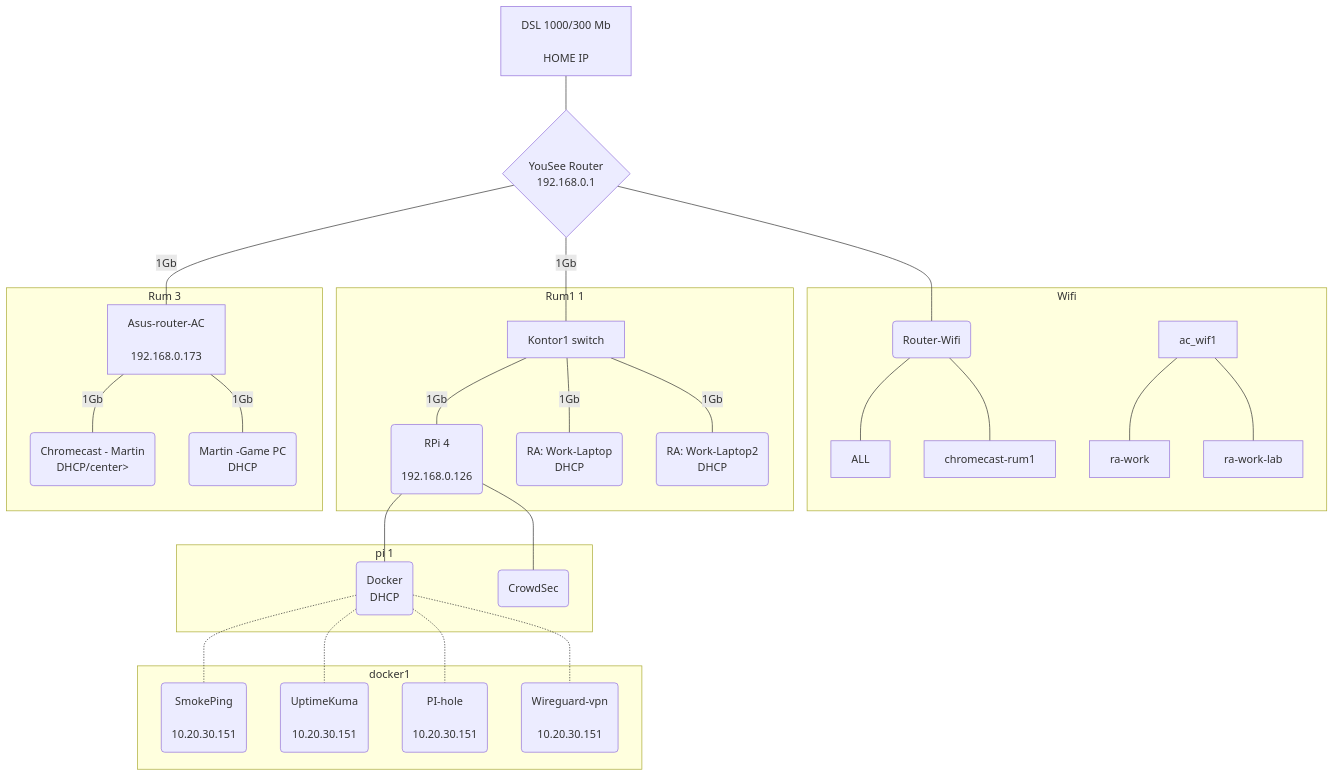
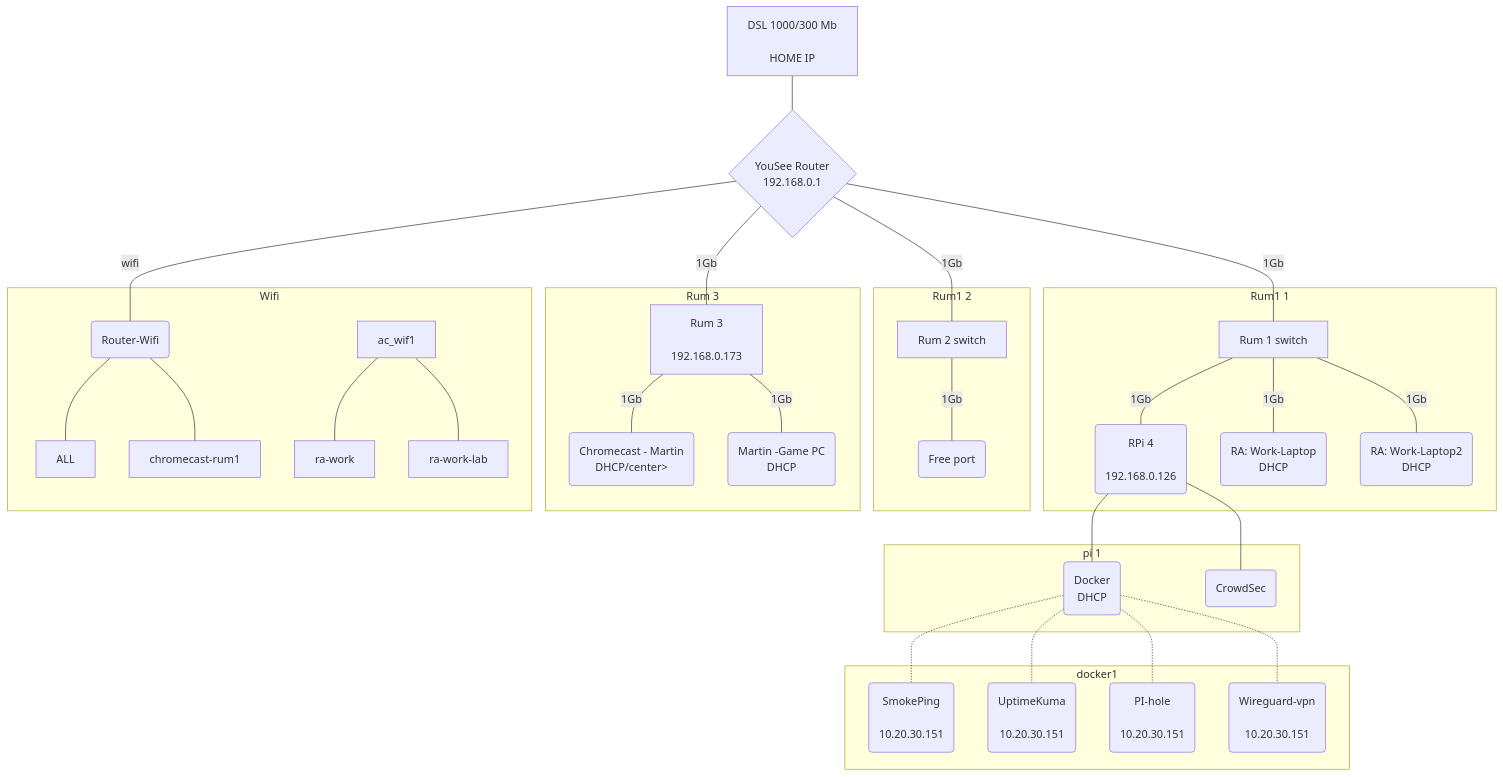
The diagram in Docs/Index.md (alf149/ansible), drawn with Mermaid before and after one commit.

````diff
--- a/Docs/Index.md
+++ b/Docs/Index.md
@@ -3,40 +3,44 @@
 ```mermaid
 graph TB
  linkStyle default interpolate basis
  wan1[<center>DSL 1000/300 Mb<br><br>HOME IP</center>]---router{<center>YouSee Router<br>192.168.0.1</center>}
- router---|1Gb|rum_1[<center>Kontor1 switch</center>]
- router---|1Gb|rum_3[<center>Asus-router-AC<br><br>192.168.0.173</center>]
- router---ac_wifi(<center>Router-Wifi</center>)
+ router---|1Gb|rum_1[<center>Rum 1 switch</center>]
+ router---|1Gb|rum_2[<center>Rum 2 switch</center>]
+ router---|1Gb|rum_3[<center>Rum 3<br><br>192.168.0.173</center>]
+ router---|wifi|ac_wifi(<center>Router-Wifi</center>)
 
- subgraph Wifi
- ac_wifi---ALL
- ac_wifi---chromecast-rum1
- ac_wif1---ra-work
- ac_wif1---ra-work-lab
- end
+subgraph Rum1 1
+rum_1---|1Gb|pi(<center>RPi 4<br><br>192.168.0.126</center>)
+rum_1---|1Gb|work(<center>RA: Work-Laptop<br>DHCP</center>)
+rum_1---|1Gb|work-lab(<center>RA: Work-Laptop2<br>DHCP</center>)
+end
 
+    subgraph pi 1
+    pi---docker(<center>Docker<br>DHCP</center>)
+    pi---crowdsec(<center>CrowdSec</center>)
+    end
 
- subgraph Rum1 1
- rum_1---|1Gb|pi(<center>RPi 4<br><br>192.168.0.126</center>)
- rum_1---|1Gb|work(<center>RA: Work-Laptop<br>DHCP</center>)
- rum_1---|1Gb|work-lab(<center>RA: Work-Laptop2<br>DHCP</center>)
- end
- 
- subgraph Rum 3
- rum_3---|1Gb|chromecast-rum3(<center>Chromecast - Martin<br>DHCP/center>)
- rum_3---|1Gb|gamer-pc(<center>Martin -Game PC<br>DHCP</center>)
- end
+    subgraph docker1
+    docker-.-smokeping(<center>SmokePing<br><br>10.20.30.151</center>)
+    docker-.-uptimeKuma(<center>UptimeKuma<br><br>10.20.30.151</center>)
+    docker-.-pihole(<center>PI-hole<br><br>10.20.30.151</center>)
+    docker-.-wireguardvpn(<center>Wireguard-vpn<br><br>10.20.30.151</center>)
+    end
 
- subgraph pi 1
- pi---docker(<center>Docker<br>DHCP</center>)
- pi---crowdsec(<center>CrowdSec</center>)
- end
+subgraph Rum1 2
+rum_2---|1Gb|free(<center>Free port</center>)
+end
 
-subgraph docker1
- docker-.-smokeping(<center>SmokePing<br><br>10.20.30.151</center>)
- docker-.-uptimeKuma(<center>UptimeKuma<br><br>10.20.30.151</center>)
- docker-.-pihole(<center>PI-hole<br><br>10.20.30.151</center>)
- docker-.-wireguardvpn(<center>Wireguard-vpn<br><br>10.20.30.151</center>)
- 
- end
- ```
+subgraph Rum 3
+rum_3---|1Gb|chromecast-rum3(<center>Chromecast - Martin<br>DHCP/center>)
+rum_3---|1Gb|gamer-pc(<center>Martin -Game PC<br>DHCP</center>)
+end
+
+subgraph Wifi
+ac_wifi---ALL
+ac_wifi---chromecast-rum1
+ac_wif1---ra-work
+ac_wif1---ra-work-lab
+end
+
+```
````
